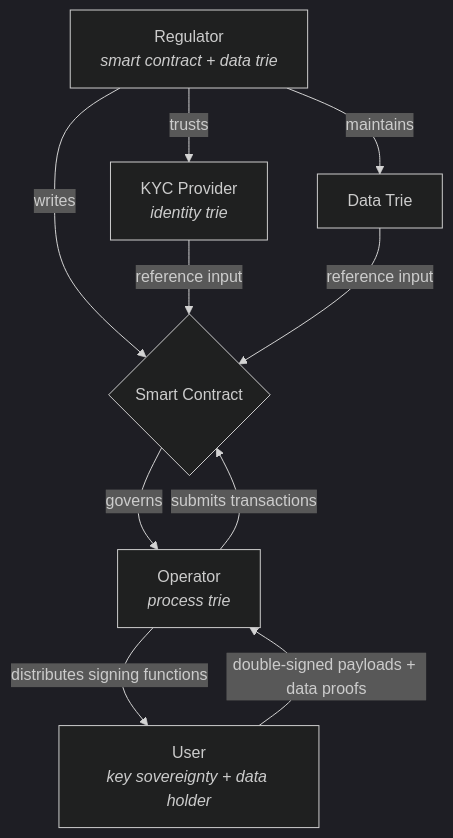
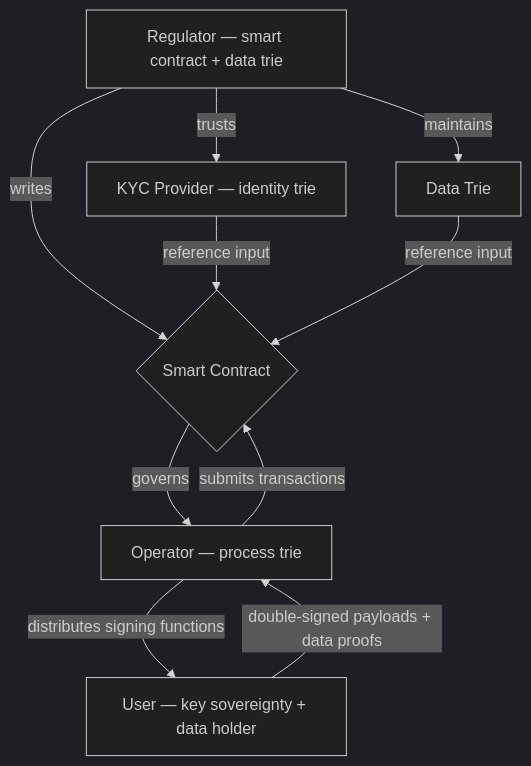
One commit to lambdasistemi/cardano-for-regulators changed the first of 19 diagrams in docs/framework/schema.md. Above: the diagram before and after it, drawn with Mermaid (dark theme). The commit also changed other lines of this file and 1 other file, not shown here.

First line of the commit message:
fix: replace HTML tags in mermaid node labels with plain text

````diff
--- a/docs/framework/schema.md
+++ b/docs/framework/schema.md
@@ -11,17 +11,17 @@
 ```mermaid
 graph TB
-    KYC[KYC Provider<br/><i>identity trie</i>]
-    REG[Regulator<br/><i>smart contract + data trie</i>]
-    OP[Operator<br/><i>process trie</i>]
-    U[User<br/><i>key sovereignty + data holder</i>]
+    KYC["KYC Provider — identity trie"]
+    REG["Regulator — smart contract + data trie"]
+    OP["Operator — process trie"]
+    U["User — key sovereignty + data holder"]
 
     REG -->|writes| SC{Smart Contract}
     REG -->|trusts| KYC
     REG -->|maintains| DT[Data Trie]
     SC -->|governs| OP
     KYC -->|reference input| SC
     DT -->|reference input| SC
     OP -->|distributes signing functions| U
     U -->|double-signed payloads + data proofs| OP
     OP -->|submits transactions| SC
 ```
````
